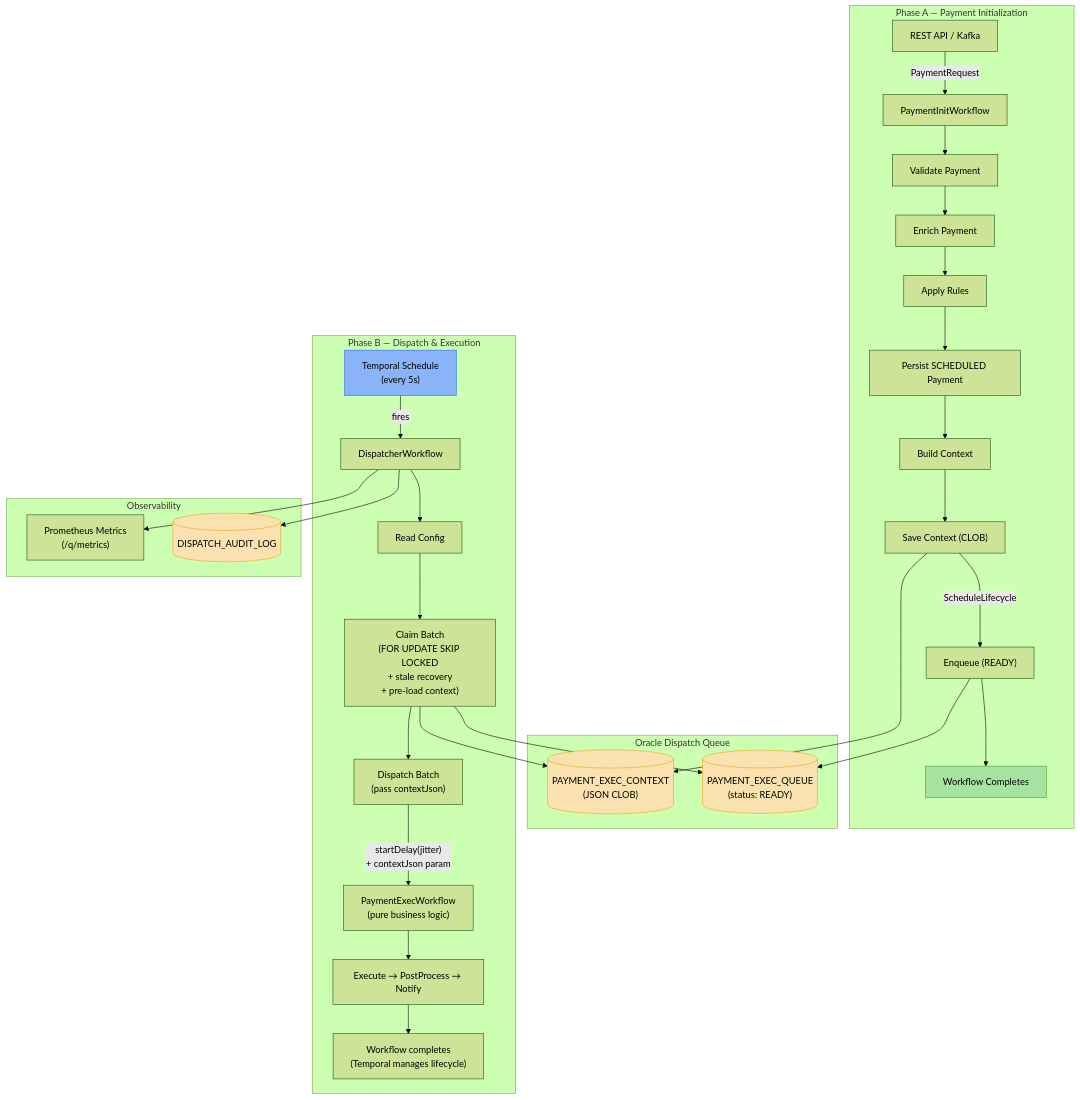
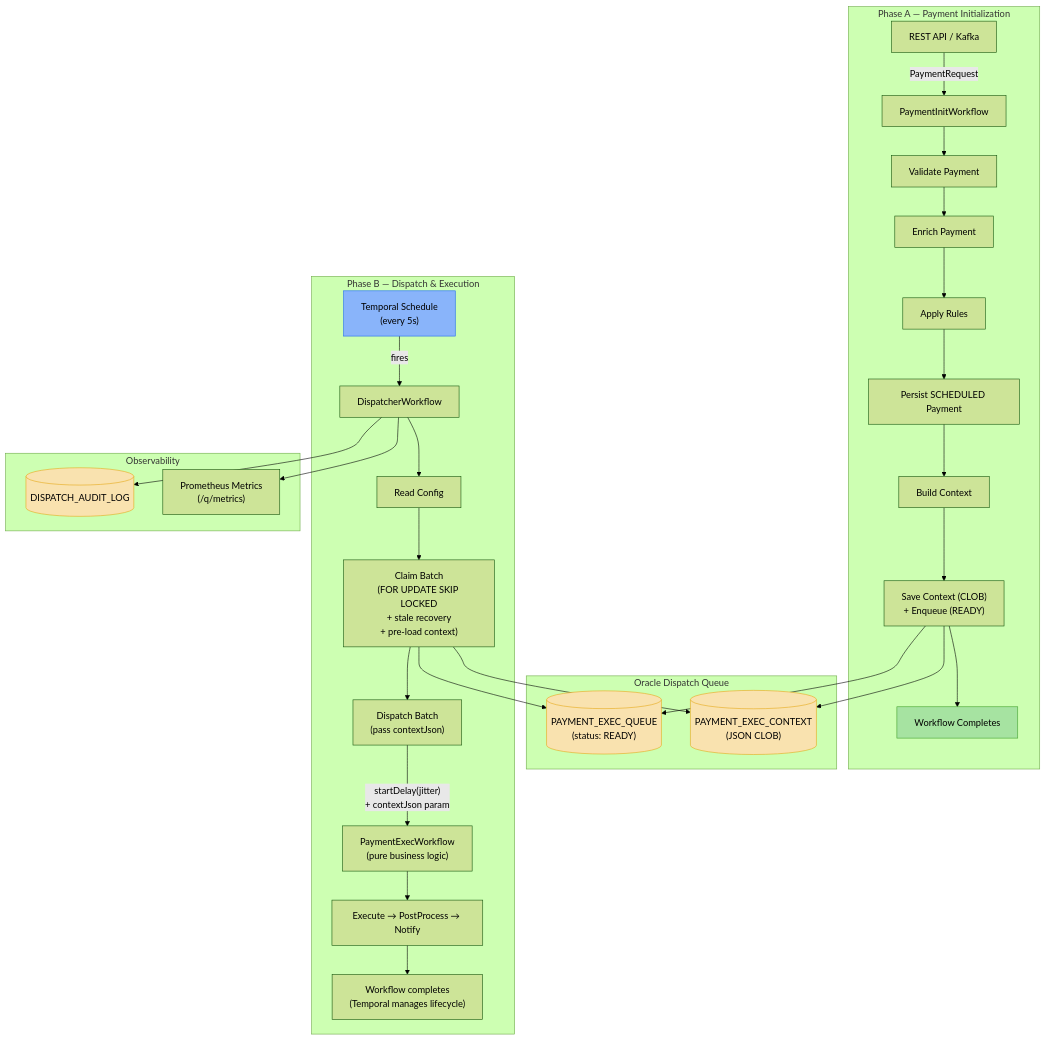
One commit to arunav-bhattacharya/payments-dispatcher changed the first of 5 diagrams in README.md. Above: the diagram before and after it, drawn with Mermaid (forest theme). The commit also changed other lines of this file, not shown here.

Commit message:
Enhance README documentation for payment workflow architecture, clarifying phases, context handling, and reliability guarantees

````diff
--- a/README.md
+++ b/README.md
@@ -53,42 +23,41 @@
 ```mermaid
 graph TB
     subgraph "Phase A — Payment Initialization"
         API["REST API / Kafka"] -->|PaymentRequest| INIT_WF["PaymentInitWorkflow"]
         INIT_WF --> VALIDATE["Validate Payment"]
         VALIDATE --> ENRICH["Enrich Payment"]
         ENRICH --> RULES["Apply Rules"]
         RULES --> PERSIST["Persist SCHEDULED Payment"]
         PERSIST --> BUILD_CTX["Build Context"]
-        BUILD_CTX --> SAVE_CTX["Save Context (CLOB)"]
-        SAVE_CTX -->|"ScheduleLifecycle"| ENQUEUE["Enqueue (READY)"]
-        ENQUEUE --> COMPLETE_A["Workflow Completes"]
+        BUILD_CTX --> SAVE_CTX["Save Context (CLOB)\n+ Enqueue (READY)"]
+        SAVE_CTX --> COMPLETE_A["Workflow Completes"]
     end
 
     subgraph "Oracle Dispatch Queue"
-        ENQUEUE --> ORACLE_Q[("PAYMENT_EXEC_QUEUE\n(status: READY)")]
+        SAVE_CTX --> ORACLE_Q[("PAYMENT_EXEC_QUEUE\n(status: READY)")]
         SAVE_CTX --> ORACLE_CTX[("PAYMENT_EXEC_CONTEXT\n(JSON CLOB)")]
     end
 
     subgraph "Phase B — Dispatch & Execution"
         SCHEDULE["Temporal Schedule\n(every 5s)"] -->|fires| DISP_WF["DispatcherWorkflow"]
         DISP_WF --> READ_CFG["Read Config"]
         READ_CFG --> CLAIM["Claim Batch\n(FOR UPDATE SKIP LOCKED\n+ stale recovery\n+ pre-load context)"]
         CLAIM --> ORACLE_Q
         CLAIM --> ORACLE_CTX
         CLAIM --> DISPATCH["Dispatch Batch\n(pass contextJson)"]
         DISPATCH -->|"startDelay(jitter)\n+ contextJson param"| EXEC_WF["PaymentExecWorkflow\n(pure business logic)"]
         EXEC_WF --> EXECUTE["Execute → PostProcess → Notify"]
         EXECUTE --> DONE["Workflow completes\n(Temporal manages lifecycle)"]
     end
 
     subgraph "Observability"
         DISP_WF --> AUDIT[("DISPATCH_AUDIT_LOG")]
         DISP_WF --> METRICS["Prometheus Metrics\n(/q/metrics)"]
     end
 
     style ORACLE_Q fill:#f9e2af,stroke:#e6a817
     style ORACLE_CTX fill:#f9e2af,stroke:#e6a817
     style AUDIT fill:#f9e2af,stroke:#e6a817
     style SCHEDULE fill:#89b4fa,stroke:#1e66f5
     style COMPLETE_A fill:#a6e3a1,stroke:#40a02b
 ```
````
